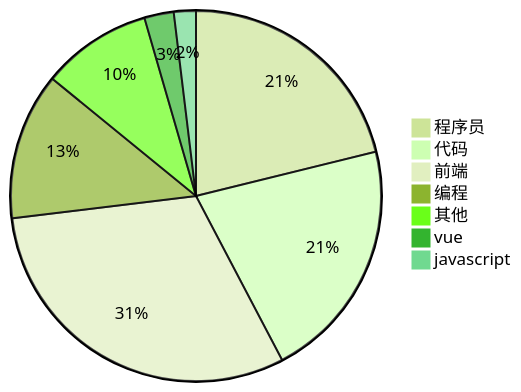
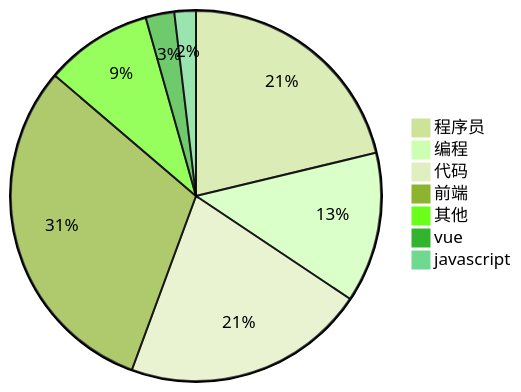
The diagram in douyin/RankingList.md (xieerduos/xieerduos.github.io), drawn with Mermaid (forest theme) before and after one commit. The commit also changed other lines of this file and 1 other file, not shown here.

````diff
--- a/douyin/RankingList.md
+++ b/douyin/RankingList.md
@@ -70,10 +70,10 @@
 ```Mermaid
 pie title 
-    "程序员" : 33
-    "代码" : 33
-    "前端" : 48
-    "编程" : 20
+    "程序员" : 34
+    "编程" : 21
+    "代码" : 34
+    "前端" : 49
     "其他" : 15
     "vue" : 4
     "javascript" : 3
 ```
````
